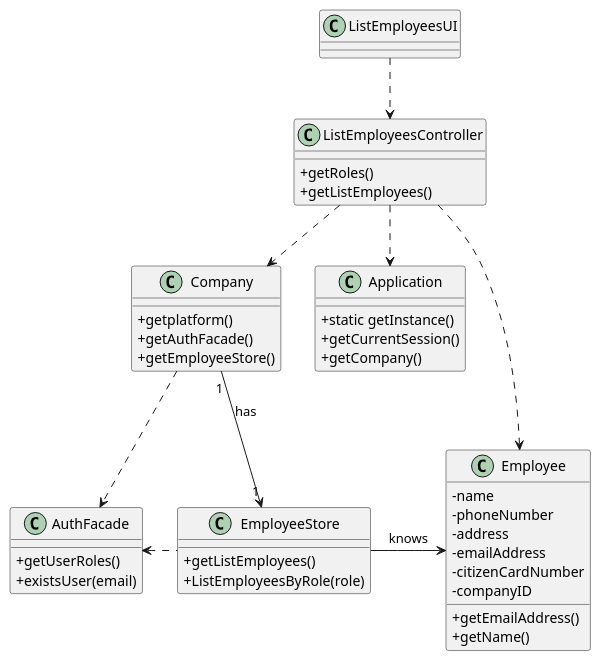
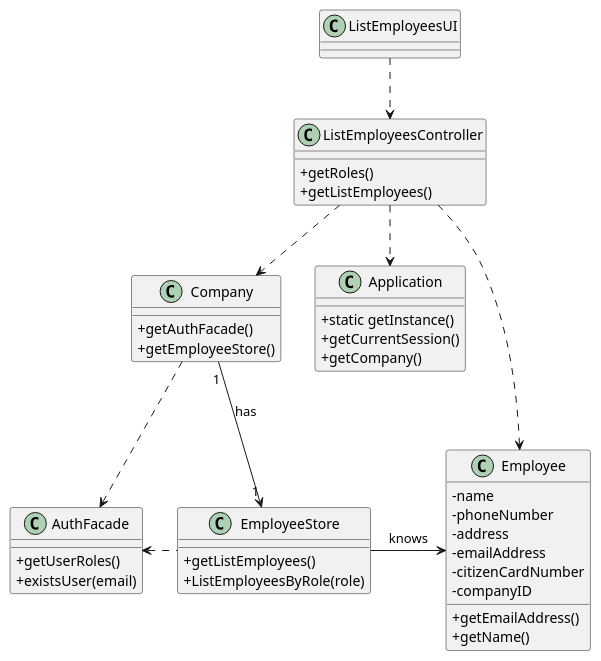
One commit to diogonapoles/isep-lapr2 changed the diagram in docs/SprintB/UserStories/US11/US11_CD.puml. Above: the diagram before and after it, drawn with PlantUML. The commit also changed 3 other files, not shown here.

```diff
--- a/docs/SprintB/UserStories/US11/US11_CD.puml
+++ b/docs/SprintB/UserStories/US11/US11_CD.puml
@@ -1,72 +1,72 @@
 @startuml
 skinparam classAttributeIconSize 0
 
 
 class AuthFacade{
 +getUserRoles()
 +existsUser(email)
 }
 
 class Application {
   +static getInstance()
   +getCurrentSession()
   +getCompany()
 
 }
 
 class Company {
-+getplatform()
+
 +getAuthFacade()
 +getEmployeeStore()
 }
 
 class Employee {
 -name
 -phoneNumber
 -address
 -emailAddress
 -citizenCardNumber
 -companyID
 +getEmailAddress()
 +getName()
 }
 
 
 class EmployeeStore{
 +getListEmployees()
 +ListEmployeesByRole(role)
 
 }
 
 
 
 
 
 
 class ListEmployeesController {
 +getRoles()
   +getListEmployees()
 
 
 
 
 }
 
 class ListEmployeesUI {
 
 }
 
 ListEmployeesUI ..> ListEmployeesController
 ListEmployeesController ..> Application
 ListEmployeesController ..> Company
 Company ..> AuthFacade
 EmployeeStore .left.> AuthFacade
 ListEmployeesController ..> Employee
 Company "1" --> "1" EmployeeStore : has
 EmployeeStore -right-> Employee : knows
 
 
 
 
 
 @enduml
```
